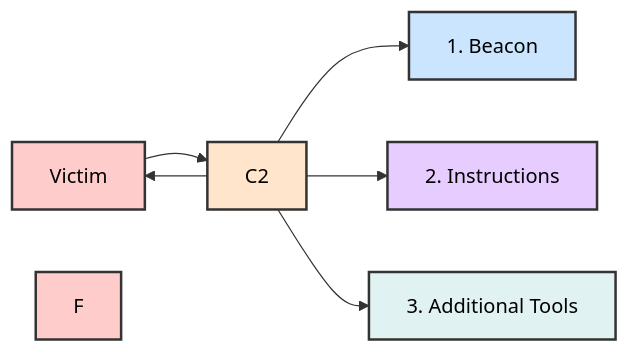
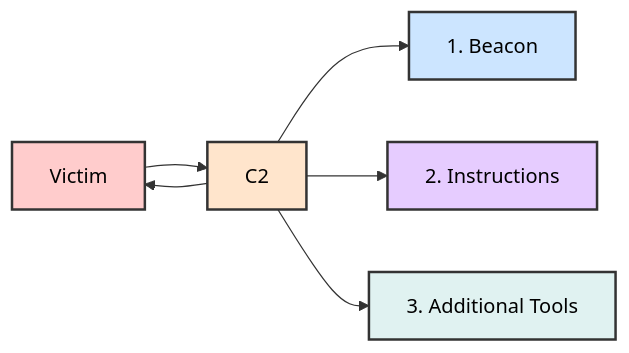
One commit to manojxshrestha/SOC-Analyst-Cheatsheet changed the eighth of 29 diagrams in 1-Incident-Handling-Process/README.md. Above: the diagram before and after it, drawn with Mermaid. The commit also changed other lines of this file, not shown here.

Commit message:
Fix mermaid diagrams - reorder node definitions, remove unused styles

````diff
--- a/1-Incident-Handling-Process/README.md
+++ b/1-Incident-Handling-Process/README.md
@@ -299,16 +299,15 @@
 ```mermaid
 graph LR
     A["Victim"] --> B["C2"]
     B --> A
     
     B --> C["1. Beacon"]
     B --> D["2. Instructions"]
     B --> E["3. Additional Tools"]
     
     style A fill:#ffcccc,stroke:#333,stroke-width:2px,color:#000
     style B fill:#ffe5cc,stroke:#333,stroke-width:2px,color:#000
     style C fill:#cce5ff,stroke:#333,stroke-width:2px,color:#000
     style D fill:#e6ccff,stroke:#333,stroke-width:2px,color:#000
     style E fill:#e0f2f1,stroke:#333,stroke-width:2px,color:#000
-    style F fill:#ffcccc,stroke:#333,stroke-width:2px,color:#000
 ```
````
